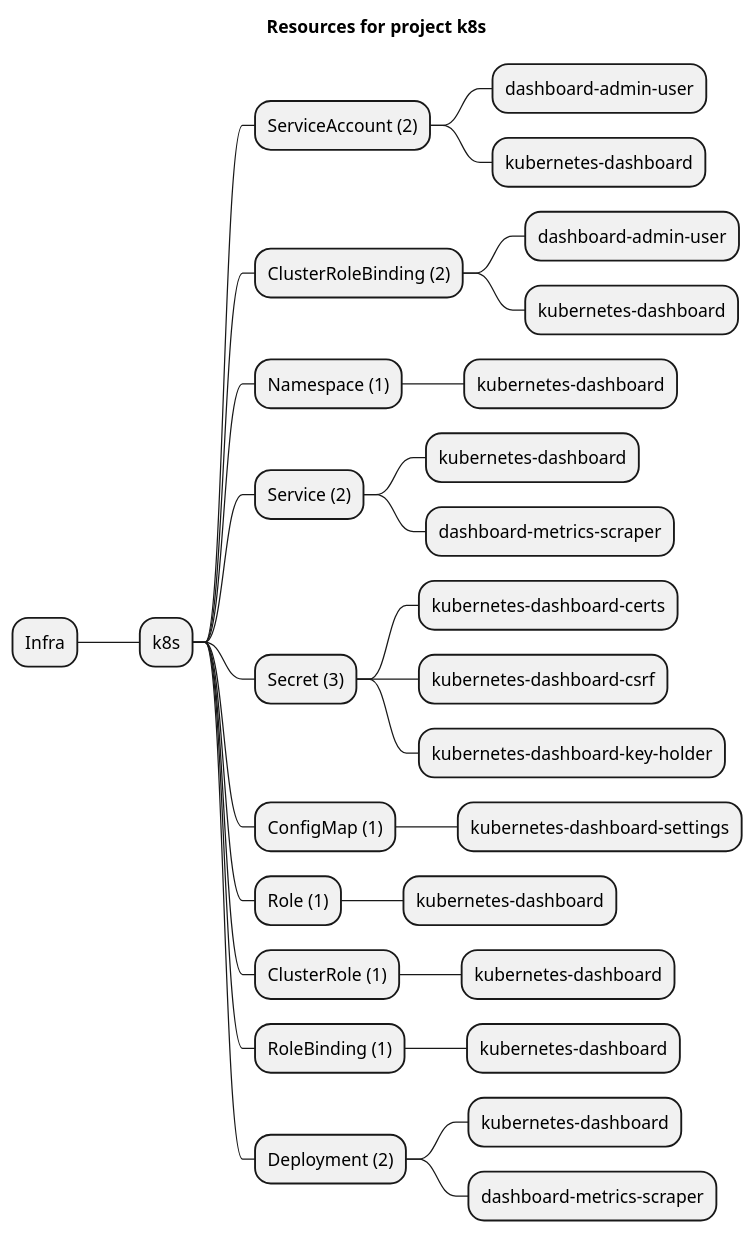
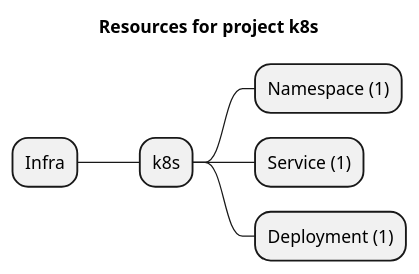
The diagram in packages/providers/k8s/artifacts/resources-mindmap.puml (grucloud/grucloud), drawn with PlantUML before and after one commit. The commit also changed 197 other files, not shown here.

```diff
--- a/packages/providers/k8s/artifacts/resources-mindmap.puml
+++ b/packages/providers/k8s/artifacts/resources-mindmap.puml
@@ -1,32 +1,9 @@
 @startmindmap
 title Resources for project k8s
 skinparam monochrome true
 + Infra
 ++ k8s
-+++ ServiceAccount (2)
-++++ dashboard-admin-user
-++++ kubernetes-dashboard
-+++ ClusterRoleBinding (2)
-++++ dashboard-admin-user
-++++ kubernetes-dashboard
 +++ Namespace (1)
-++++ kubernetes-dashboard
-+++ Service (2)
-++++ kubernetes-dashboard
-++++ dashboard-metrics-scraper
-+++ Secret (3)
-++++ kubernetes-dashboard-certs
-++++ kubernetes-dashboard-csrf
-++++ kubernetes-dashboard-key-holder
-+++ ConfigMap (1)
-++++ kubernetes-dashboard-settings
-+++ Role (1)
-++++ kubernetes-dashboard
-+++ ClusterRole (1)
-++++ kubernetes-dashboard
-+++ RoleBinding (1)
-++++ kubernetes-dashboard
-+++ Deployment (2)
-++++ kubernetes-dashboard
-++++ dashboard-metrics-scraper
++++ Service (1)
++++ Deployment (1)
 @endmindmap
```
